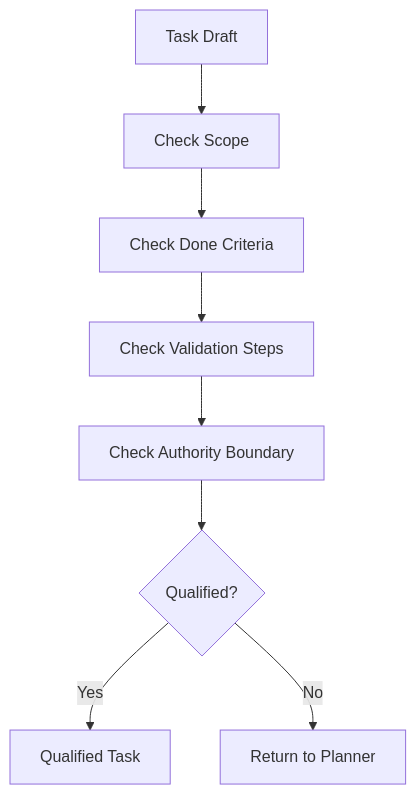
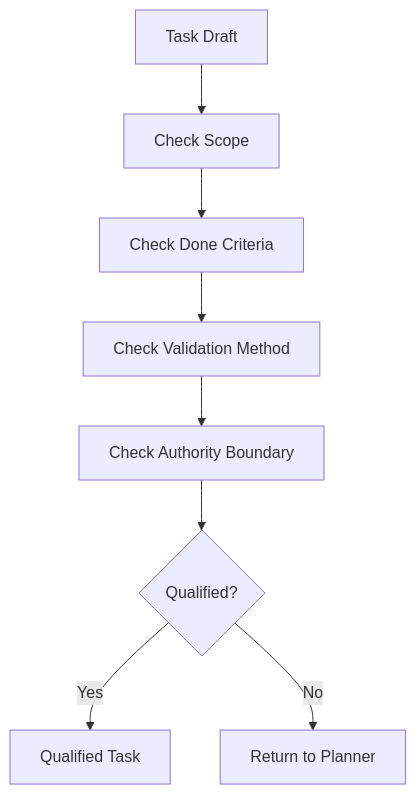
The diagram in docs/05-execution/01-任务准入规则.md (leeson1/Hive-Design), drawn with Mermaid before and after one commit. The commit also changed other lines of this file and 15 other files, not shown here.

````diff
--- a/docs/05-execution/01-任务准入规则.md
+++ b/docs/05-execution/01-任务准入规则.md
@@ -83,10 +83,10 @@
 ```mermaid
 flowchart TD
     A["Task Draft"] --> B["Check Scope"]
     B --> C["Check Done Criteria"]
-    C --> D["Check Validation Steps"]
+    C --> D["Check Validation Method"]
     D --> E["Check Authority Boundary"]
     E --> F{"Qualified?"}
     F -- Yes --> G["Qualified Task"]
     F -- No --> H["Return to Planner"]
 ```
````
